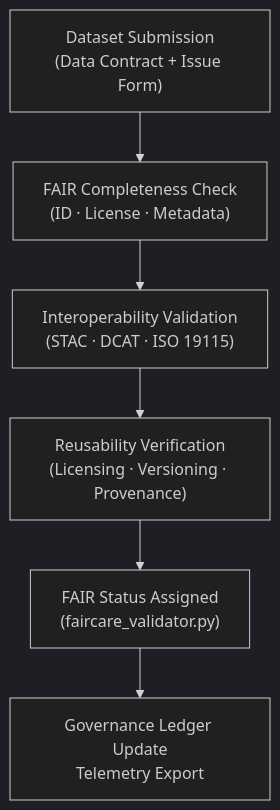
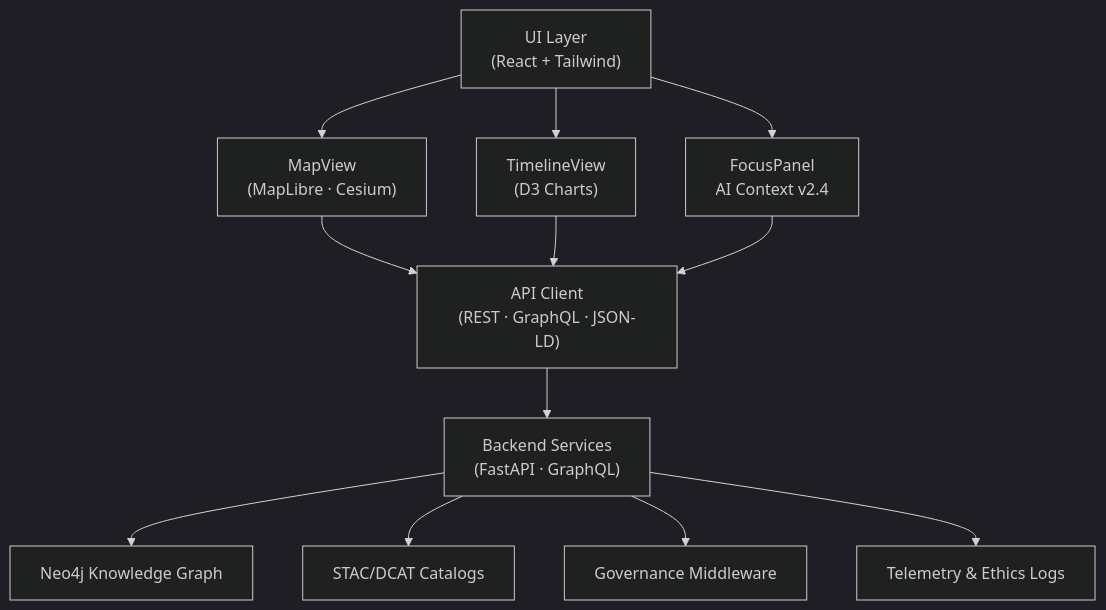
The first of 2 diagrams in web/ARCHITECTURE.md (bartytime4life/Kansas-Frontier-Matrix), drawn with Mermaid (dark theme) before and after one commit. The commit also changed other lines of this file, not shown here.

```diff
--- a/web/ARCHITECTURE.md
+++ b/web/ARCHITECTURE.md
@@ -52,9 +89,27 @@
 ~~~~~mermaid
 flowchart TD
-  A["Dataset Submission<br/>(Data Contract + Issue Form)"]
-    --> B["FAIR Completeness Check<br/>(ID · License · Metadata)"]
-  B --> C["Interoperability Validation<br/>(STAC · DCAT · ISO 19115)"]
-  C --> D["Reusability Verification<br/>(Licensing · Versioning · Provenance)"]
-  D --> E["FAIR Status Assigned<br/>(faircare_validator.py)"]
-  E --> F["Governance Ledger Update<br/>Telemetry Export"]
+  UI["UI Layer<br/>(React + Tailwind)"]
+  MAP["MapView<br/>(MapLibre · Cesium)"]
+  TIME["TimelineView<br/>(D3 Charts)"]
+  FOCUS["FocusPanel<br/>AI Context v2.4"]
+  API["API Client<br/>(REST · GraphQL · JSON-LD)"]
+  SVC["Backend Services<br/>(FastAPI · GraphQL)"]
+  KG["Neo4j Knowledge Graph"]
+  CAT["STAC/DCAT Catalogs"]
+  GOV["Governance Middleware"]
+  TEL["Telemetry & Ethics Logs"]
+
+  UI --> MAP
+  UI --> TIME
+  UI --> FOCUS
+
+  MAP --> API
+  TIME --> API
+  FOCUS --> API
+
+  API --> SVC
+  SVC --> KG
+  SVC --> CAT
+  SVC --> GOV
+  SVC --> TEL
 ~~~~~
```
